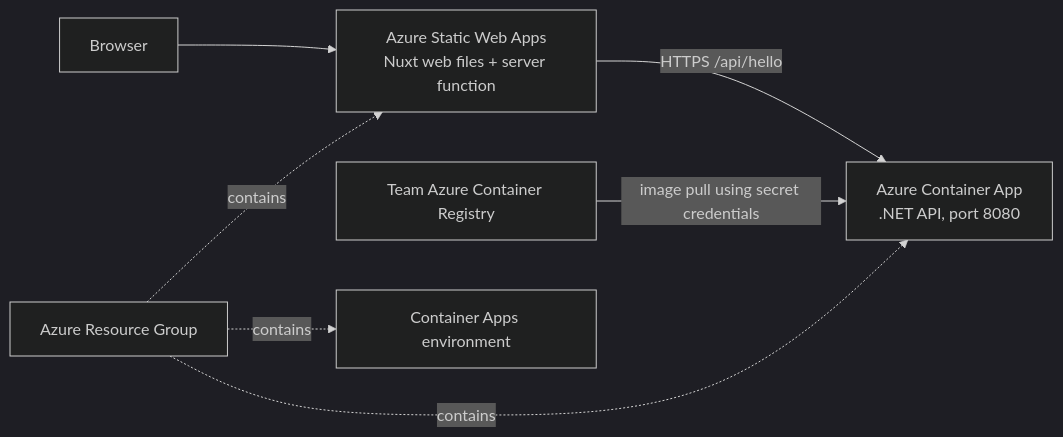
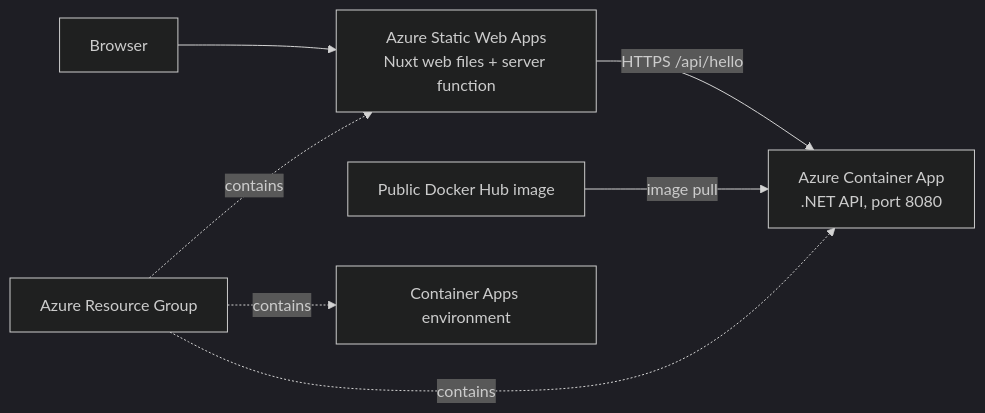
One commit to Mentoring-Bordeaux/agentic-orchestrator changed the diagram in infrastructure/README.md. Above: the diagram before and after it, drawn with Mermaid (dark theme). The commit also changed other lines of this file and 1 other file, not shown here.

````diff
--- a/infrastructure/README.md
+++ b/infrastructure/README.md
@@ -18,9 +18,9 @@
 ```mermaid
 flowchart LR
     Browser --> SWA[Azure Static Web Apps\nNuxt web files + server function]
     SWA -->|HTTPS /api/hello| API[Azure Container App\n.NET API, port 8080]
-    ACR[Team Azure Container Registry] -->|image pull using secret credentials| API
+    DockerHub[Public Docker Hub image] -->|image pull| API
     RG[Azure Resource Group] -. contains .-> SWA
     RG -. contains .-> API
     RG -. contains .-> Environment[Container Apps environment]
 ```
````
